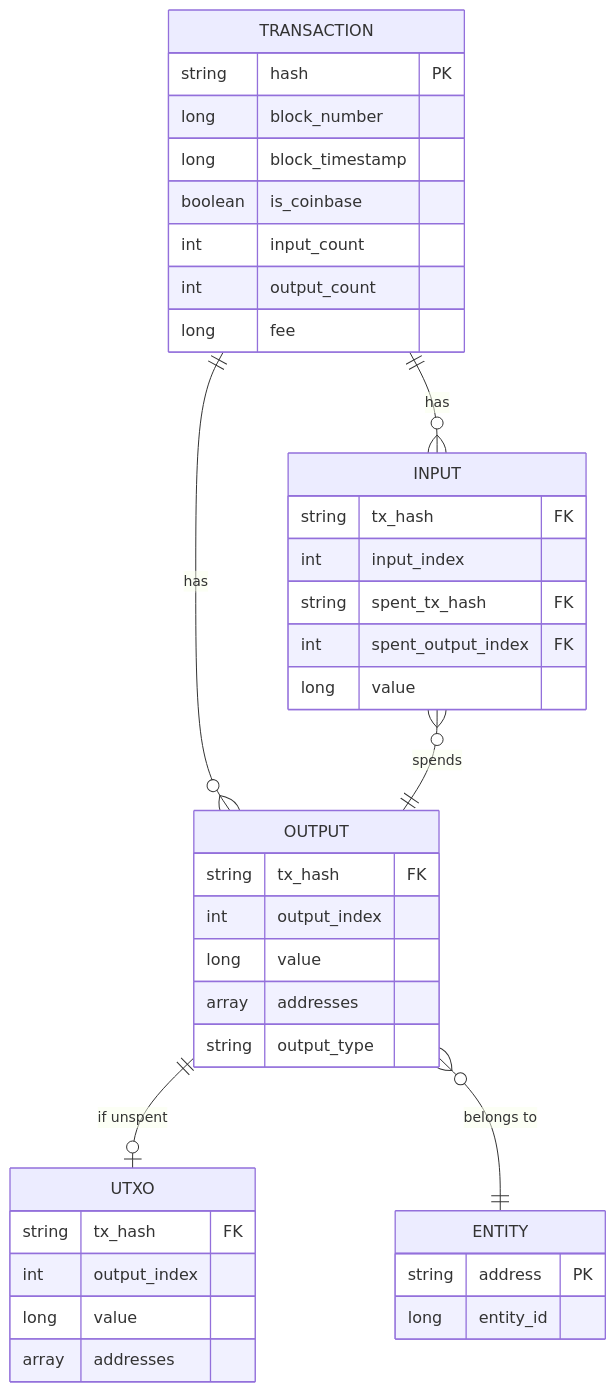
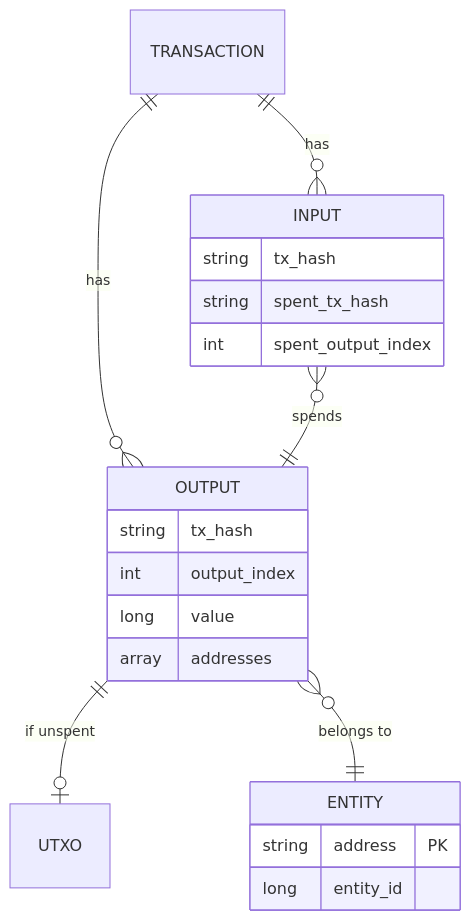
Before and after one commit to RomanRnlt/bitcoin-whale-intelligence: the third of 4 diagrams in docs/PROJECT_CONTEXT.md, drawn with Mermaid. The commit also changed other lines of this file and 4 other files, not shown here.

````diff
--- a/docs/PROJECT_CONTEXT.md
+++ b/docs/PROJECT_CONTEXT.md
@@ -152,46 +86,26 @@
 ```mermaid
 erDiagram
-    TRANSACTION {
-        string hash PK
-        long block_number
-        long block_timestamp
-        boolean is_coinbase
-        int input_count
-        int output_count
-        long fee
-    }
+    TRANSACTION ||--o{ OUTPUT : "has"
+    TRANSACTION ||--o{ INPUT : "has"
+    INPUT }o--|| OUTPUT : "spends"
+    OUTPUT ||--o| UTXO : "if unspent"
+    OUTPUT }o--|| ENTITY : "belongs to"
 
     OUTPUT {
-        string tx_hash FK
+        string tx_hash
         int output_index
         long value
         array addresses
-        string output_type
     }
 
     INPUT {
-        string tx_hash FK
-        int input_index
-        string spent_tx_hash FK
-        int spent_output_index FK
-        long value
-    }
-
-    UTXO {
-        string tx_hash FK
-        int output_index
-        long value
-        array addresses
+        string tx_hash
+        string spent_tx_hash
+        int spent_output_index
     }
 
     ENTITY {
         string address PK
         long entity_id
     }
-
-    TRANSACTION ||--o{ OUTPUT : "has"
-    TRANSACTION ||--o{ INPUT : "has"
-    INPUT }o--|| OUTPUT : "spends"
-    OUTPUT ||--o| UTXO : "if unspent"
-    OUTPUT }o--|| ENTITY : "belongs to"
 ```
````
